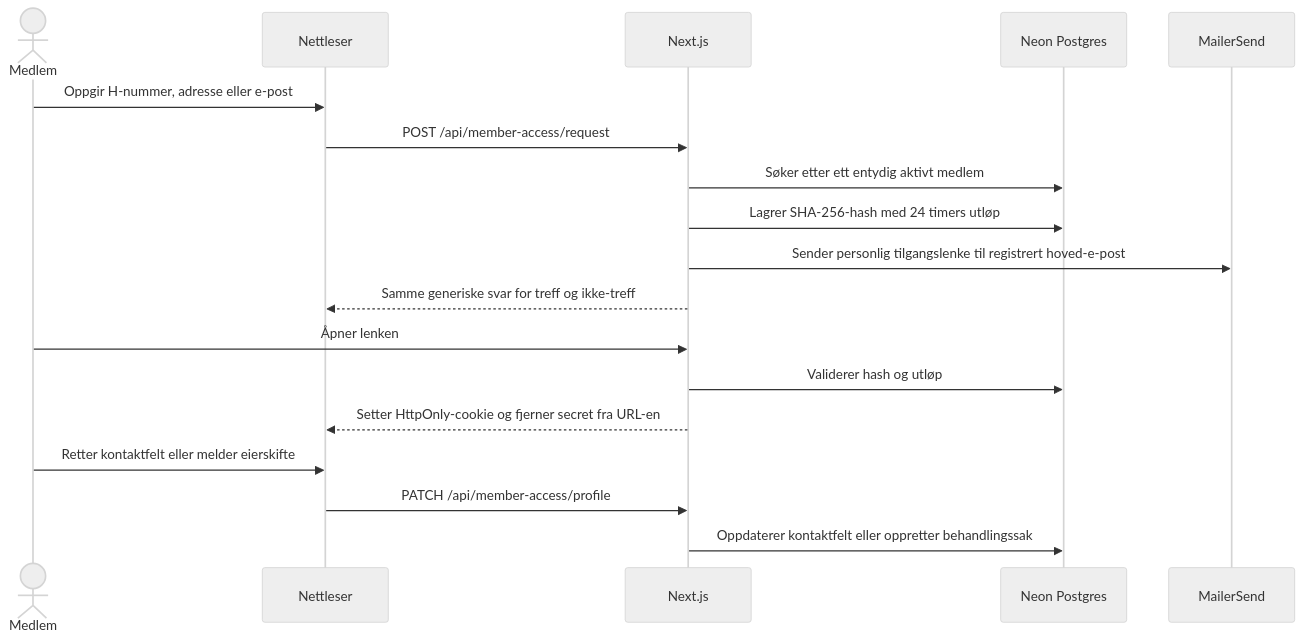
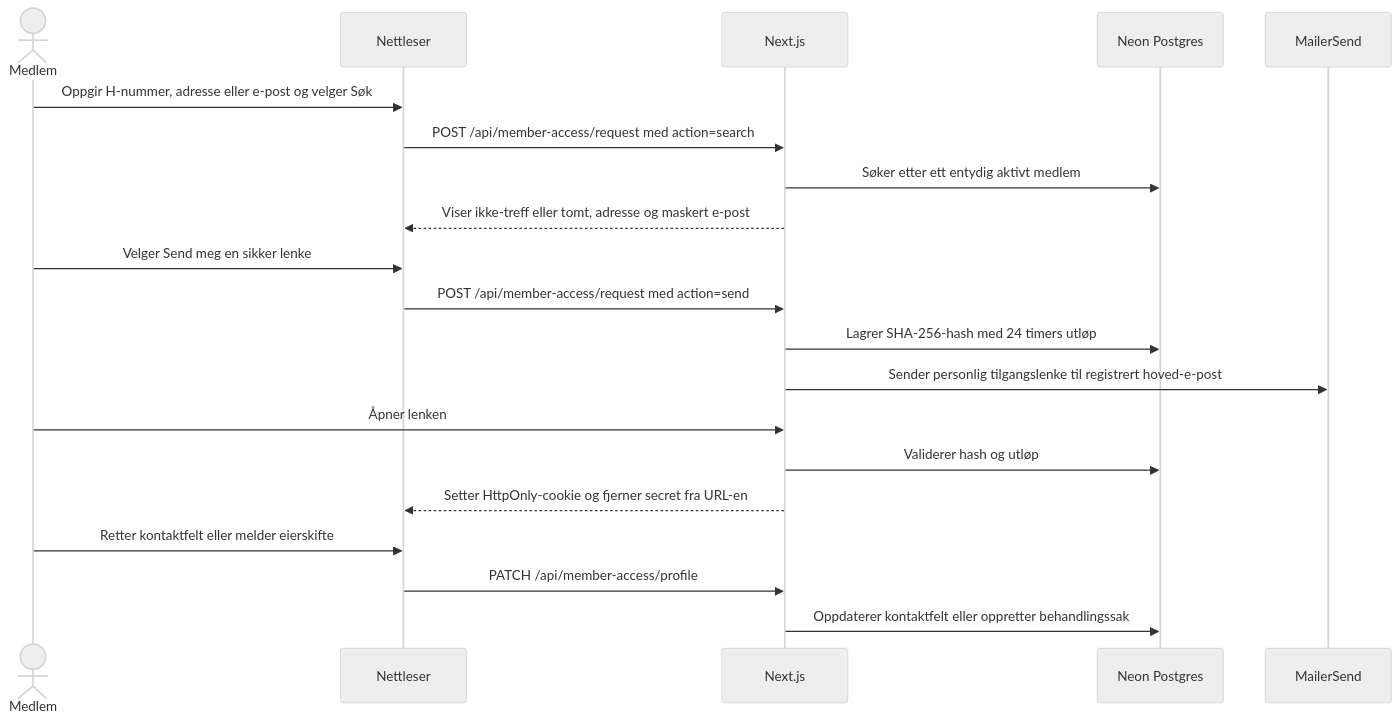
The fourth of 6 diagrams in README.md (ibjohansen/tfv-poll), drawn with Mermaid (neutral theme) before and after one commit. The commit also changed other lines of this file and 5 other files, not shown here.

Commit message:
Legg til administrasjon av medlemsforespørsler Viser ventende innmeldinger og eierskifter i adminpanelet. Administrator kan godkjenne eller avvise forespørsler via bekreftelsesdialog, med statusmeldinger og automatisk oppdatering av listen.

````diff
--- a/README.md
+++ b/README.md
@@ -166,21 +166,23 @@
 ```mermaid
 sequenceDiagram
   actor M as Medlem
   participant B as Nettleser
   participant A as Next.js
   participant D as Neon Postgres
   participant E as MailerSend
 
-  M->>B: Oppgir H-nummer, adresse eller e-post
-  B->>A: POST /api/member-access/request
+  M->>B: Oppgir H-nummer, adresse eller e-post og velger Søk
+  B->>A: POST /api/member-access/request med action=search
   A->>D: Søker etter ett entydig aktivt medlem
+  A-->>B: Viser ikke-treff eller tomt, adresse og maskert e-post
+  M->>B: Velger Send meg en sikker lenke
+  B->>A: POST /api/member-access/request med action=send
   A->>D: Lagrer SHA-256-hash med 24 timers utløp
   A->>E: Sender personlig tilgangslenke til registrert hoved-e-post
-  A-->>B: Samme generiske svar for treff og ikke-treff
   M->>A: Åpner lenken
   A->>D: Validerer hash og utløp
   A-->>B: Setter HttpOnly-cookie og fjerner secret fra URL-en
   M->>B: Retter kontaktfelt eller melder eierskifte
   B->>A: PATCH /api/member-access/profile
   A->>D: Oppdaterer kontaktfelt eller oppretter behandlingssak
 ```
````
